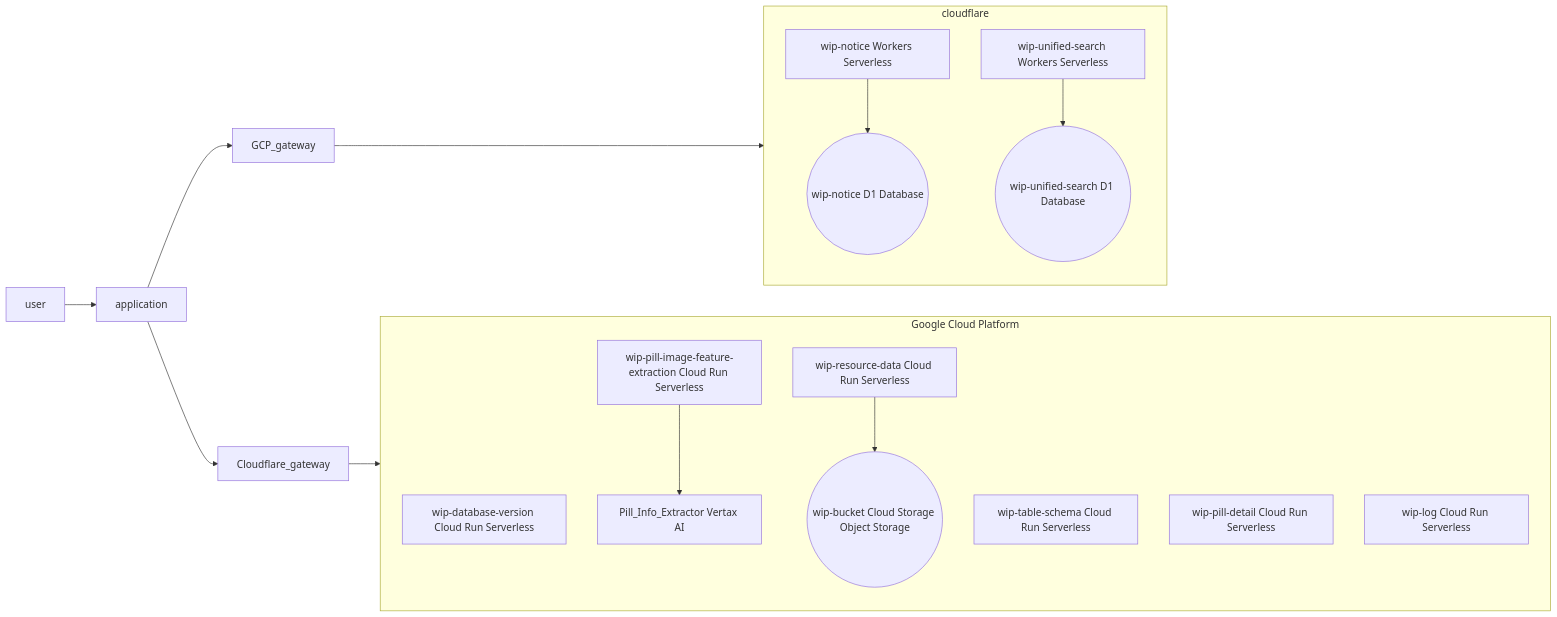
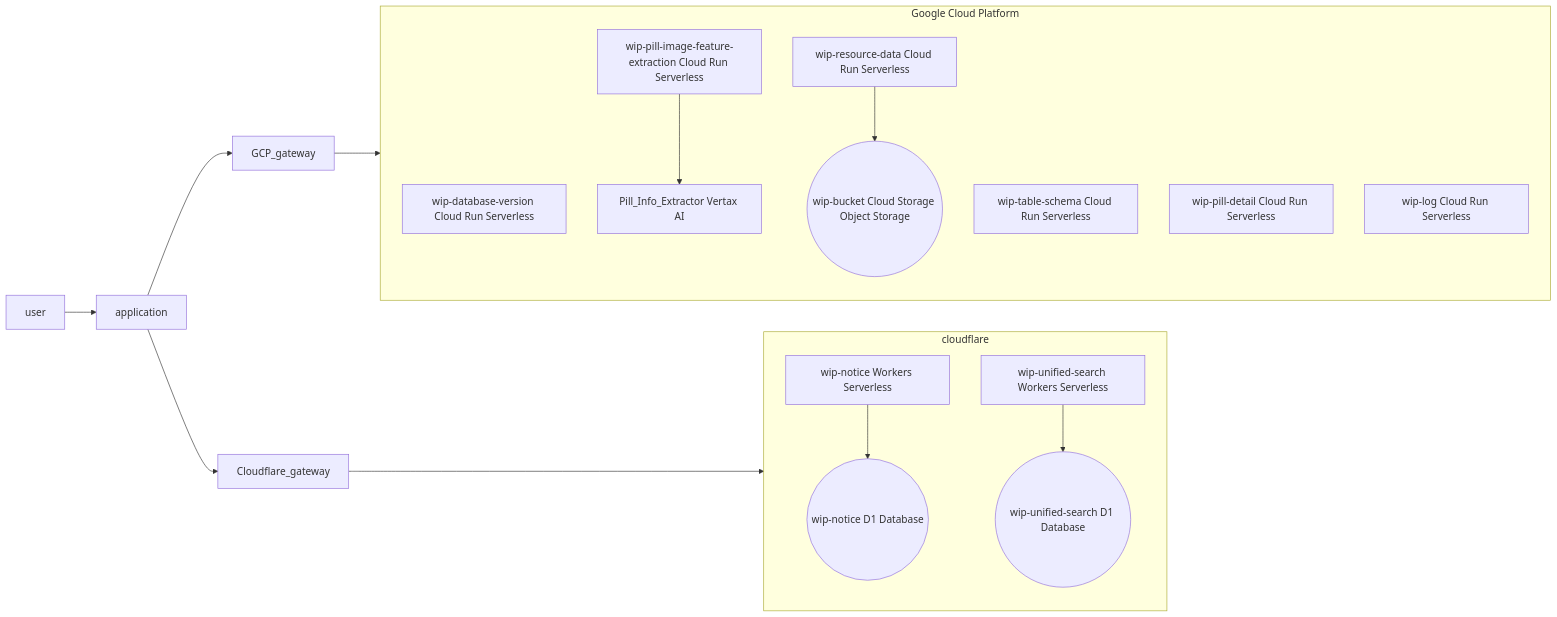
The diagram in diagram/시스템_아키텍처.md (KNUT-Capstone-Design-team-1/wip-document), drawn with Mermaid before and after one commit.

Commit message:
Fix gateway connections in 시스템_아키텍처.md

````diff
--- a/diagram/시스템_아키텍처.md
+++ b/diagram/시스템_아키텍처.md
@@ -1,48 +1,48 @@
 ```mermaid
 flowchart LR
     user
     application
     GCP_gateway
     Cloudflare_gateway
 
 
     %% 클라우드 플레어
     subgraph cloudflare[cloudflare]
         wip-notice-workers["wip-notice Workers Serverless"]
         wip-notice-d1(("wip-notice D1 Database"))
         wip-unified-search-workers["wip-unified-search Workers Serverless"]
         wip-unified-search-d1(("wip-unified-search D1 Database"))
 
         wip-notice-workers --> wip-notice-d1
         wip-unified-search-workers --> wip-unified-search-d1
     end
 
     
     %% GCP
     subgraph gcp[Google Cloud Platform]
         wip-database-version["wip-database-version Cloud Run Serverless"]
         wip-table-schema["wip-table-schema Cloud Run Serverless"]
         wip-resource-data["wip-resource-data Cloud Run Serverless"]
         wip-pill-detail["wip-pill-detail Cloud Run Serverless"]
         wip-log["wip-log Cloud Run Serverless"]
 
         wip-pill-image-feature-extraction["wip-pill-image-feature-extraction Cloud Run Serverless"]
         Pill_Info_Extractor["Pill_Info_Extractor Vertax AI"]
 
         wip-pill-image-feature-extraction --> Pill_Info_Extractor
 
         wip-bucket(("wip-bucket Cloud Storage Object Storage"))
 
         wip-resource-data --> wip-bucket
     end
 
 
     %% entry point
     user --> application
     
     application --> GCP_gateway
     application --> Cloudflare_gateway
 
-    GCP_gateway --> cloudflare
-    Cloudflare_gateway --> gcp
+    Cloudflare_gateway --> cloudflare
+    GCP_gateway --> gcp
 ```
````
